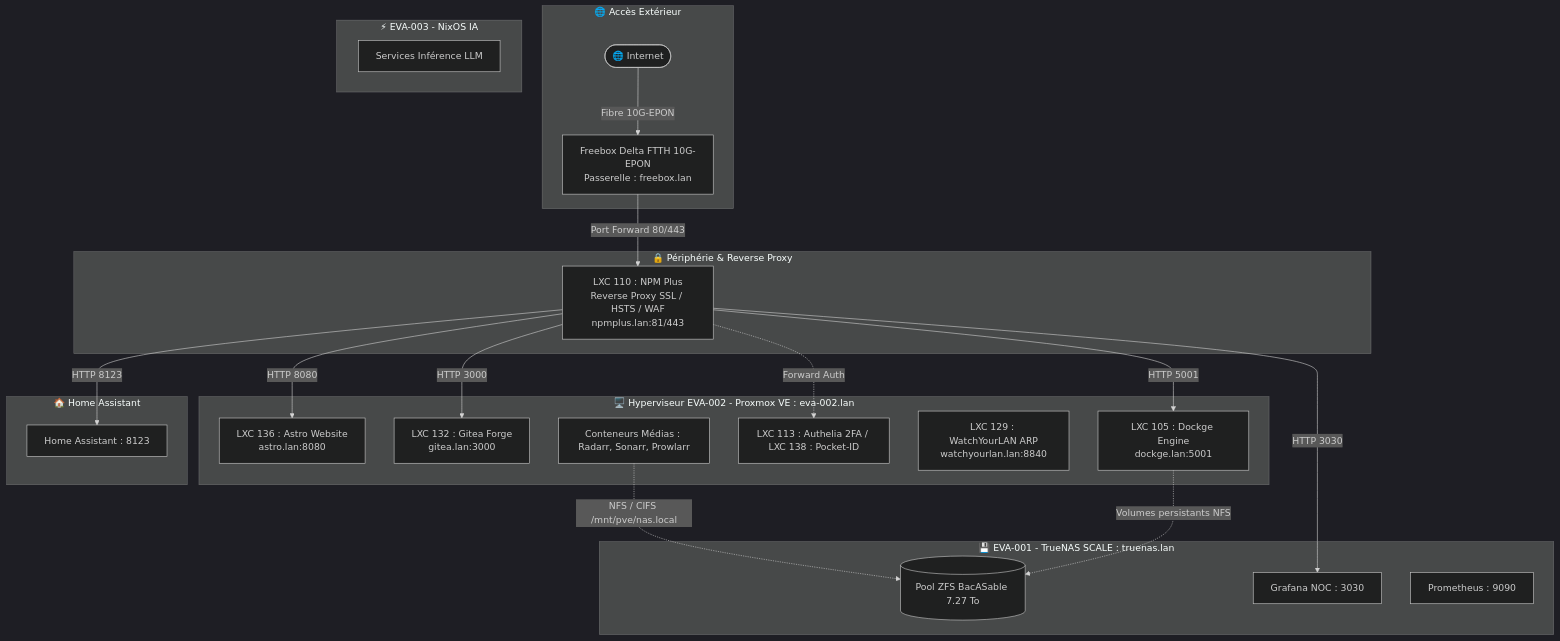
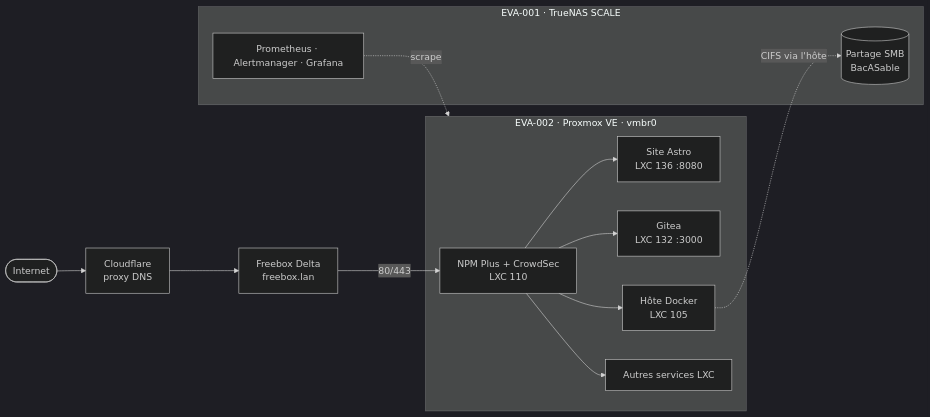
Before and after one commit to PauTentX/homelab: the diagram in docs/architecture-reseau.md, drawn with Mermaid (dark theme). The commit also changed other lines of this file and 5 other files, not shown here.

````diff
--- a/docs/architecture-reseau.md
+++ b/docs/architecture-reseau.md
@@ -7,50 +11,18 @@
 ```mermaid
-flowchart TD
-    subgraph WAN [🌐 Accès Extérieur]
-        Internet([🌐 Internet])
-        Freebox[Freebox Delta FTTH 10G-EPON<br/>Passerelle : freebox.lan]
-        Internet -->|Fibre 10G-EPON| Freebox
+flowchart LR
+    Internet([Internet]) --> CF[Cloudflare<br/>proxy DNS]
+    CF --> Freebox[Freebox Delta<br/>freebox.lan]
+    Freebox -->|80/443| NPM[NPM Plus + CrowdSec<br/>LXC 110]
+    subgraph EVA002[EVA-002 · Proxmox VE · vmbr0]
+        NPM --> Astro[Site Astro<br/>LXC 136 :8080]
+        NPM --> Gitea[Gitea<br/>LXC 132 :3000]
+        NPM --> Docker[Hôte Docker<br/>LXC 105]
+        NPM --> Autres[Autres services LXC]
     end
-
-    subgraph Peripherie [🔒 Périphérie & Reverse Proxy]
-        NPM[LXC 110 : NPM Plus<br/>Reverse Proxy SSL / HSTS / WAF<br/>npmplus.lan:81/443]
-        Freebox -->|Port Forward 80/443| NPM
+    subgraph EVA001[EVA-001 · TrueNAS SCALE]
+        SMB[(Partage SMB<br/>BacASable)]
+        Mon[Prometheus · Alertmanager · Grafana]
     end
-
-    subgraph Compute [🖥️ Hyperviseur EVA-002 - Proxmox VE : eva-002.lan]
-        LXC_ASTRO[LXC 136 : Astro Website<br/>astro.lan:8080]
-        LXC_GITEA[LXC 132 : Gitea Forge<br/>gitea.lan:3000]
-        LXC_DOCKGE[LXC 105 : Dockge Engine<br/>dockge.lan:5001]
-        LXC_AUTH[LXC 113 : Authelia 2FA / LXC 138 : Pocket-ID]
-        LXC_WYL[LXC 129 : WatchYourLAN ARP<br/>watchyourlan.lan:8840]
-        LXC_MEDIA[Conteneurs Médias : Radarr, Sonarr, Prowlarr]
-    end
-
-    subgraph StorageNode [💾 EVA-001 - TrueNAS SCALE : truenas.lan]
-        ZFS_NAS[(Pool ZFS BacASable 7.27 To)]
-        GRAF[Grafana NOC : 3030]
-        PROM[Prometheus : 9090]
-    end
-
-    subgraph IaNode [⚡ EVA-003 - NixOS IA]
-        OLLAMA[Services Inférence LLM]
-    end
-
-    subgraph Domotique [🏠 Home Assistant]
-        HASS[Home Assistant : 8123]
-    end
-
-    %% Routage Reverse Proxy
-    NPM -->|HTTP 8080| LXC_ASTRO
-    NPM -->|HTTP 3000| LXC_GITEA
-    NPM -->|HTTP 5001| LXC_DOCKGE
-    NPM -->|HTTP 3030| GRAF
-    NPM -->|HTTP 8123| HASS
-
-    %% Authentification SSO / 2FA
-    NPM -.->|Forward Auth| LXC_AUTH
-
-    %% Partages Données
-    LXC_MEDIA -.->|NFS / CIFS /mnt/pve/nas.local| ZFS_NAS
-    LXC_DOCKGE -.->|Volumes persistants NFS| ZFS_NAS
+    Docker -.->|CIFS via l'hôte| SMB
+    Mon -.->|scrape| EVA002
 ```
````
